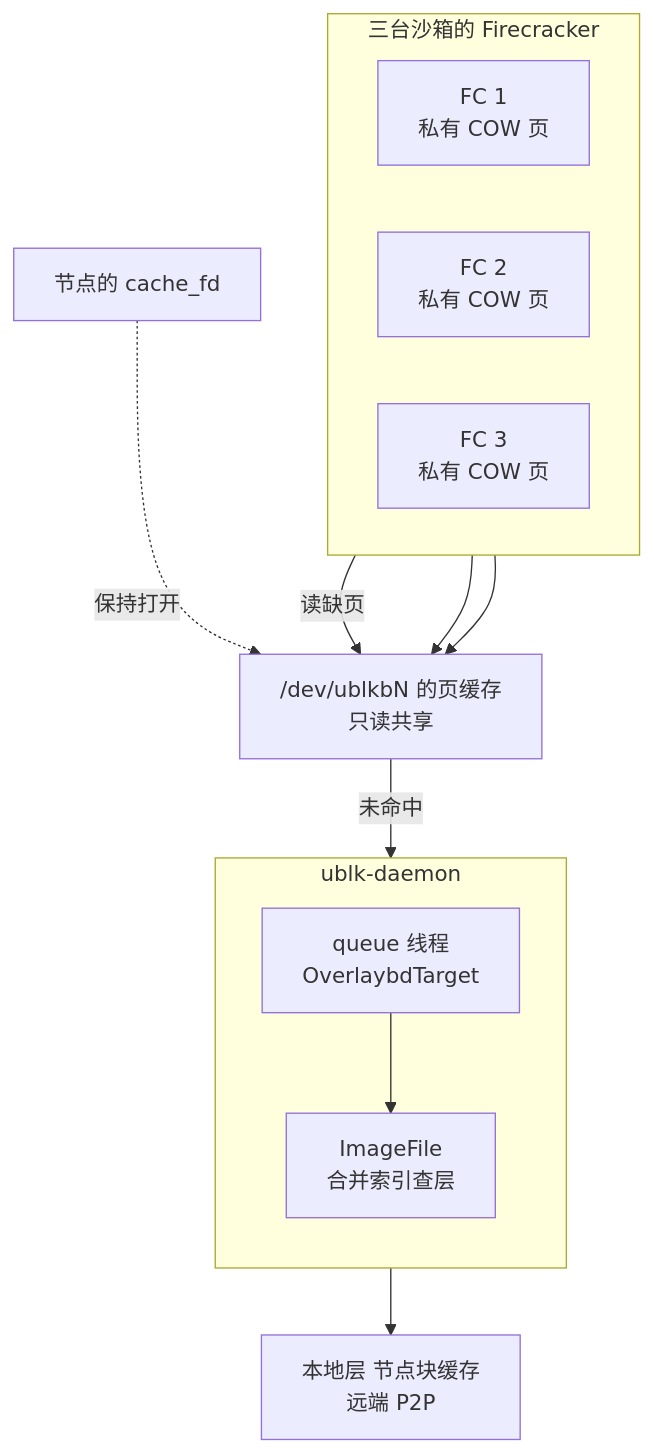
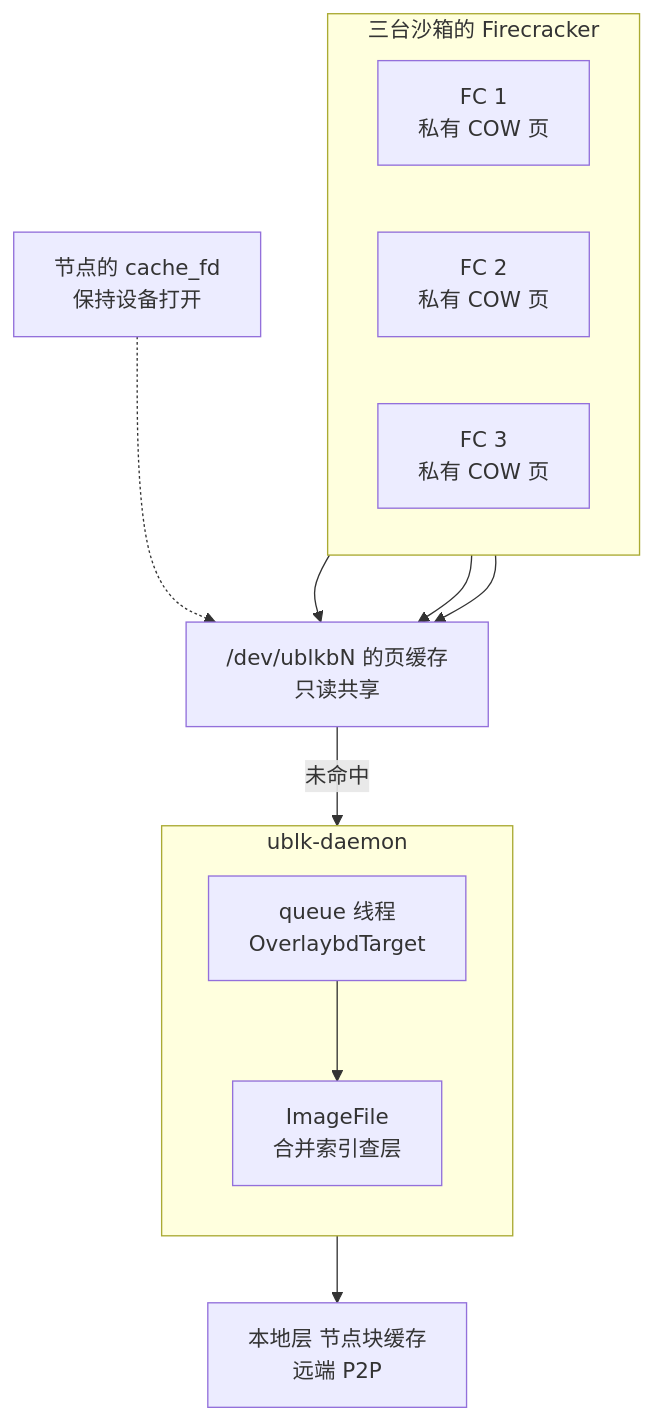
The second of 2 diagrams in agentenv/42-memory-snapshot-over-ublk.md (AustinJiangg/ai-books), drawn with Mermaid before and after one commit. The commit also changed other lines of this file and 8 other files, not shown here.

````diff
--- a/agentenv/42-memory-snapshot-over-ublk.md
+++ b/agentenv/42-memory-snapshot-over-ublk.md
@@ -196,24 +199,24 @@
 ```mermaid
 flowchart TB
     subgraph VMS["三台沙箱的 Firecracker"]
         direction LR
         F1["FC 1<br/>私有 COW 页"]
         F2["FC 2<br/>私有 COW 页"]
         F3["FC 3<br/>私有 COW 页"]
     end
     PC["/dev/ublkbN 的页缓存<br/>只读共享"]
-    CFD["节点的 cache_fd"]
+    CFD["节点的 cache_fd<br/>保持设备打开"]
     subgraph D["ublk-daemon"]
         direction TB
         QT["queue 线程<br/>OverlaybdTarget"]
         IMG["ImageFile<br/>合并索引查层"]
     end
     SRC["本地层 节点块缓存<br/>远端 P2P"]
-    F1 -->|"读缺页"| PC
+    F1 --> PC
     F2 --> PC
     F3 --> PC
-    CFD -.->|"保持打开"| PC
-    PC -->|"未命中"| QT
+    CFD -.-> PC
+    PC -->|"未命中"| D
     QT --> IMG
     IMG --> SRC
 ```
````
